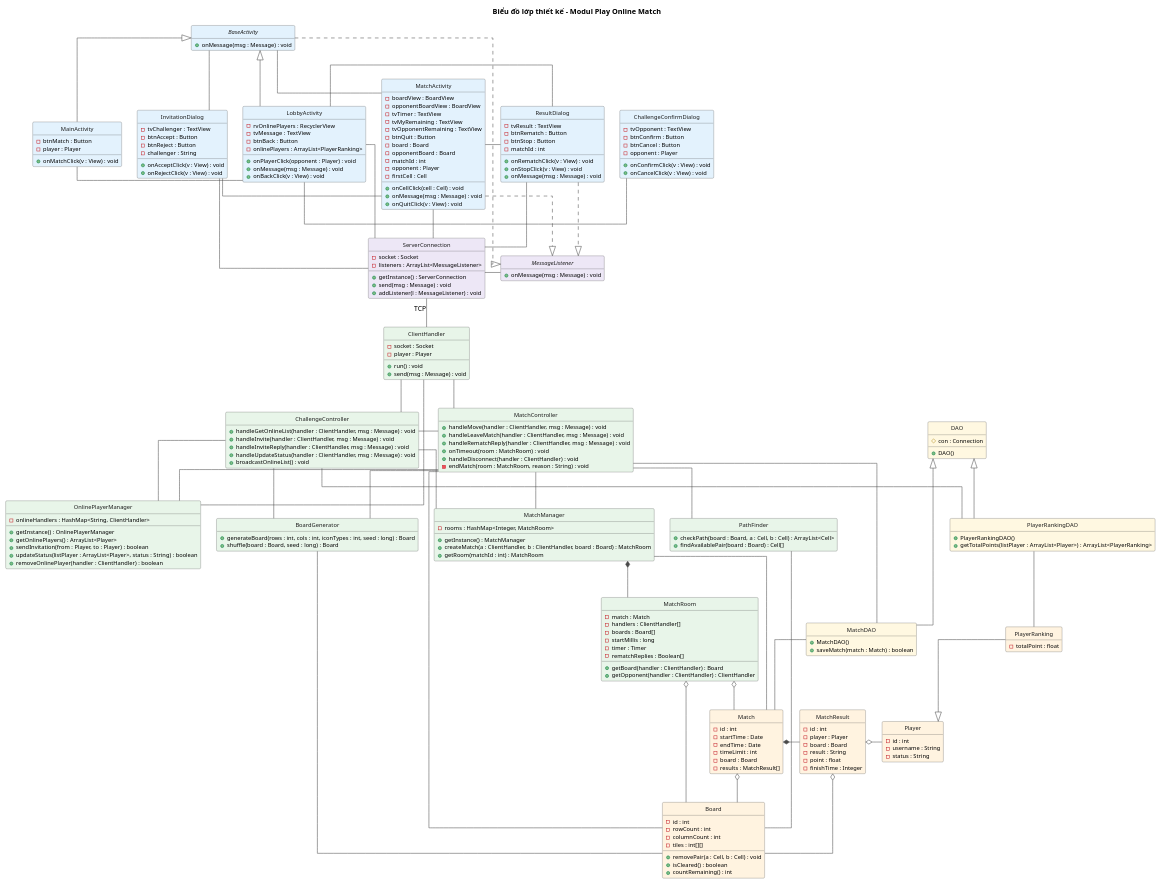
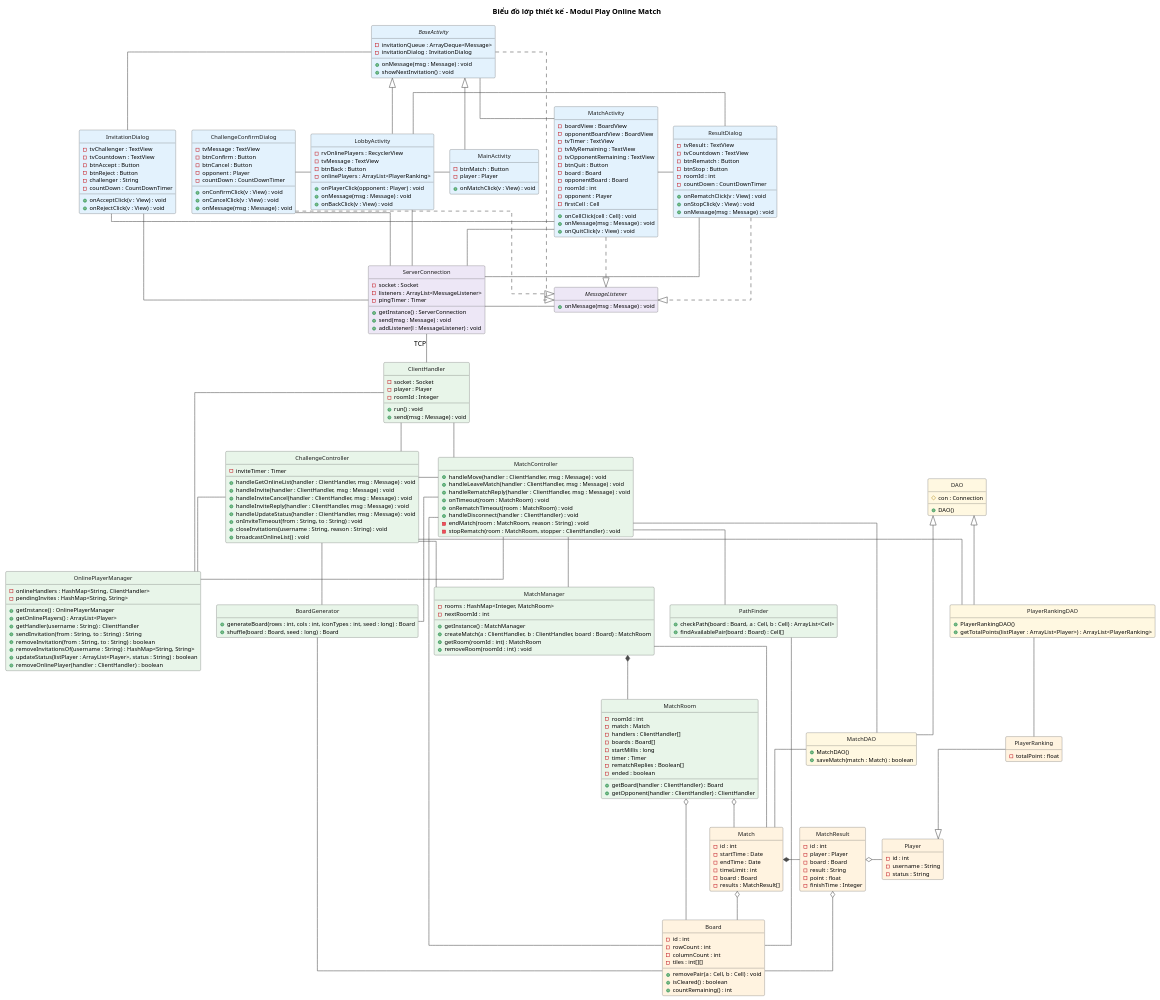
Before and after one commit to VattenL/mobile-pikachu: the diagram in docs/uml/pha3/class-design-m4.puml, drawn with PlantUML. The commit also changed 73 other files, not shown here.

```diff
--- a/docs/uml/pha3/class-design-m4.puml
+++ b/docs/uml/pha3/class-design-m4.puml
@@ -17,16 +17,21 @@
 
 ' ===== Client Android: tang giao dien =====
 class ChallengeConfirmDialog #E3F2FD {
-  - tvOpponent : TextView
+  - tvMessage : TextView
   - btnConfirm : Button
   - btnCancel : Button
   - opponent : Player
+  - countDown : CountDownTimer
   + onConfirmClick(v : View) : void
   + onCancelClick(v : View) : void
+  + onMessage(msg : Message) : void
 }
 
 abstract class BaseActivity #E3F2FD {
+  - invitationQueue : ArrayDeque<Message>
+  - invitationDialog : InvitationDialog
   + onMessage(msg : Message) : void
+  + showNextInvitation() : void
 }
 
 class MainActivity #E3F2FD {
@@ -47,9 +52,11 @@
 
 class InvitationDialog #E3F2FD {
   - tvChallenger : TextView
+  - tvCountdown : TextView
   - btnAccept : Button
   - btnReject : Button
   - challenger : String
+  - countDown : CountDownTimer
   + onAcceptClick(v : View) : void
   + onRejectClick(v : View) : void
 }
@@ -63,7 +70,7 @@
   - btnQuit : Button
   - board : Board
   - opponentBoard : Board
-  - matchId : int
+  - roomId : int
   - opponent : Player
   - firstCell : Cell
   + onCellClick(cell : Cell) : void
@@ -73,9 +80,11 @@
 
 class ResultDialog #E3F2FD {
   - tvResult : TextView
+  - tvCountdown : TextView
   - btnRematch : Button
   - btnStop : Button
-  - matchId : int
+  - roomId : int
+  - countDown : CountDownTimer
   + onRematchClick(v : View) : void
   + onStopClick(v : View) : void
   + onMessage(msg : Message) : void
@@ -85,6 +94,7 @@
 class ServerConnection #EDE7F6 {
   - socket : Socket
   - listeners : ArrayList<MessageListener>
+  - pingTimer : Timer
   + getInstance() : ServerConnection
   + send(msg : Message) : void
   + addListener(l : MessageListener) : void
@@ -98,15 +108,20 @@
 class ClientHandler #E8F5E9 {
   - socket : Socket
   - player : Player
+  - roomId : Integer
   + run() : void
   + send(msg : Message) : void
 }
 
 class ChallengeController #E8F5E9 {
+  - inviteTimer : Timer
   + handleGetOnlineList(handler : ClientHandler, msg : Message) : void
   + handleInvite(handler : ClientHandler, msg : Message) : void
+  + handleInviteCancel(handler : ClientHandler, msg : Message) : void
   + handleInviteReply(handler : ClientHandler, msg : Message) : void
   + handleUpdateStatus(handler : ClientHandler, msg : Message) : void
+  + onInviteTimeout(from : String, to : String) : void
+  + closeInvitations(username : String, reason : String) : void
   + broadcastOnlineList() : void
 }
 
@@ -115,33 +130,43 @@
   + handleLeaveMatch(handler : ClientHandler, msg : Message) : void
   + handleRematchReply(handler : ClientHandler, msg : Message) : void
   + onTimeout(room : MatchRoom) : void
+  + onRematchTimeout(room : MatchRoom) : void
   + handleDisconnect(handler : ClientHandler) : void
   - endMatch(room : MatchRoom, reason : String) : void
+  - stopRematch(room : MatchRoom, stopper : ClientHandler) : void
 }
 
 class OnlinePlayerManager #E8F5E9 {
   - onlineHandlers : HashMap<String, ClientHandler>
+  - pendingInvites : HashMap<String, String>
   + getInstance() : OnlinePlayerManager
   + getOnlinePlayers() : ArrayList<Player>
-  + sendInvitation(from : Player, to : Player) : boolean
+  + getHandler(username : String) : ClientHandler
+  + sendInvitation(from : String, to : String) : String
+  + removeInvitation(from : String, to : String) : boolean
+  + removeInvitationsOf(username : String) : HashMap<String, String>
   + updateStatus(listPlayer : ArrayList<Player>, status : String) : boolean
   + removeOnlinePlayer(handler : ClientHandler) : boolean
 }
 
 class MatchManager #E8F5E9 {
   - rooms : HashMap<Integer, MatchRoom>
+  - nextRoomId : int
   + getInstance() : MatchManager
   + createMatch(a : ClientHandler, b : ClientHandler, board : Board) : MatchRoom
-  + getRoom(matchId : int) : MatchRoom
+  + getRoom(roomId : int) : MatchRoom
+  + removeRoom(roomId : int) : void
 }
 
 class MatchRoom #E8F5E9 {
+  - roomId : int
   - match : Match
   - handlers : ClientHandler[]
   - boards : Board[]
   - startMillis : long
   - timer : Timer
   - rematchReplies : Boolean[]
+  - ended : boolean
   + getBoard(handler : ClientHandler) : Board
   + getOpponent(handler : ClientHandler) : ClientHandler
 }
@@ -223,10 +248,12 @@
 BaseActivity ..|> MessageListener
 MatchActivity ..|> MessageListener
 ResultDialog ..|> MessageListener
+ChallengeConfirmDialog ..|> MessageListener
 BaseActivity -[norank]- MatchActivity
 
 ' giao dien - mang
 LobbyActivity -down- ServerConnection
+ChallengeConfirmDialog -down- ServerConnection
 InvitationDialog -down- ServerConnection
 MatchActivity -down- ServerConnection
 ResultDialog -down- ServerConnection
```
